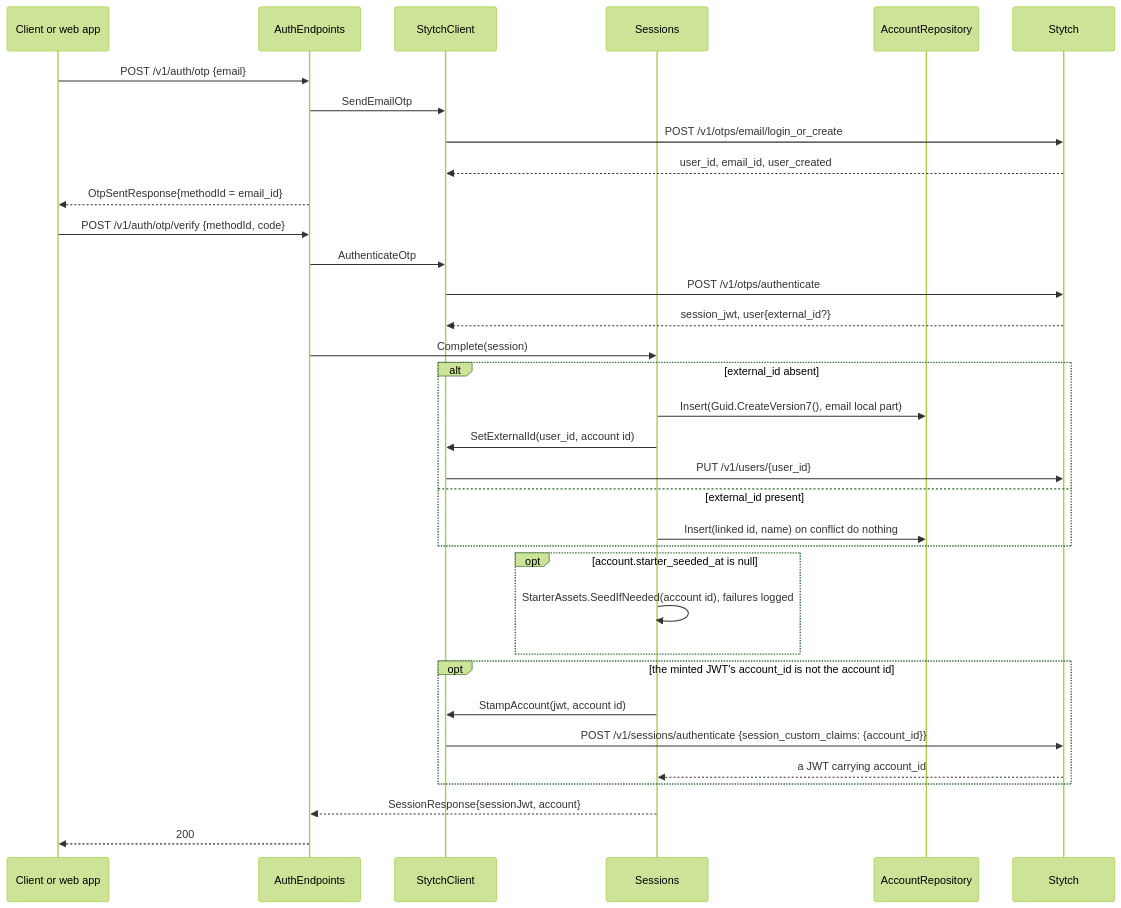
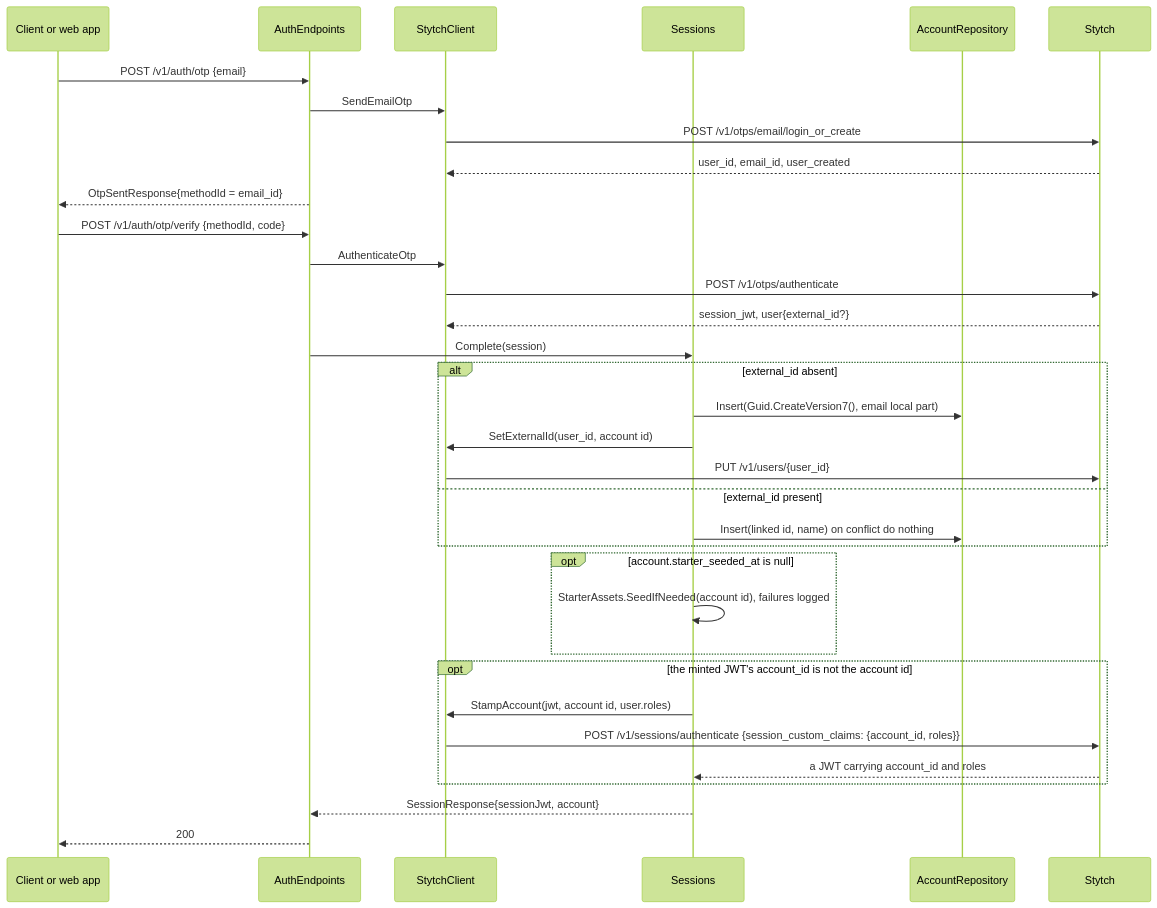
One commit to cstupi/tabletop changed the third of 12 diagrams in docs/design/management-api/design.md. Above: the diagram before and after it, drawn with Mermaid (forest theme). The commit also changed other lines of this file and 33 other files, not shown here.

````diff
--- a/docs/design/management-api/design.md
+++ b/docs/design/management-api/design.md
@@ -280,37 +280,37 @@
 ```mermaid
 sequenceDiagram
     participant C as Client or web app
     participant A as AuthEndpoints
     participant S as StytchClient
     participant X as Sessions
     participant R as AccountRepository
     participant K as Stytch
 
     C->>A: POST /v1/auth/otp {email}
     A->>S: SendEmailOtp
     S->>K: POST /v1/otps/email/login_or_create
     K-->>S: user_id, email_id, user_created
     A-->>C: OtpSentResponse{methodId = email_id}
     C->>A: POST /v1/auth/otp/verify {methodId, code}
     A->>S: AuthenticateOtp
     S->>K: POST /v1/otps/authenticate
     K-->>S: session_jwt, user{external_id?}
     A->>X: Complete(session)
     alt external_id absent
         X->>R: Insert(Guid.CreateVersion7(), email local part)
         X->>S: SetExternalId(user_id, account id)
         S->>K: PUT /v1/users/{user_id}
     else external_id present
         X->>R: Insert(linked id, name) on conflict do nothing
     end
     opt account.starter_seeded_at is null
         X->>X: StarterAssets.SeedIfNeeded(account id), failures logged
     end
     opt the minted JWT's account_id is not the account id
-        X->>S: StampAccount(jwt, account id)
-        S->>K: POST /v1/sessions/authenticate {session_custom_claims: {account_id}}
-        K-->>X: a JWT carrying account_id
+        X->>S: StampAccount(jwt, account id, user.roles)
+        S->>K: POST /v1/sessions/authenticate {session_custom_claims: {account_id, roles}}
+        K-->>X: a JWT carrying account_id and roles
     end
     X-->>A: SessionResponse{sessionJwt, account}
     A-->>C: 200
 ```
````
